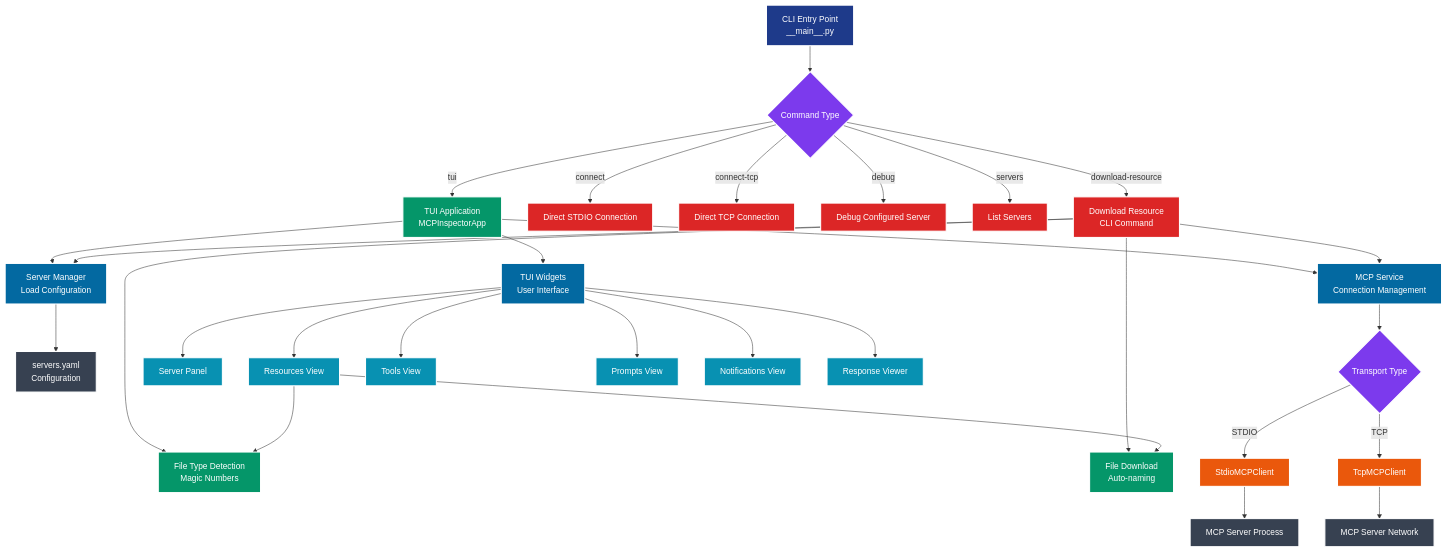
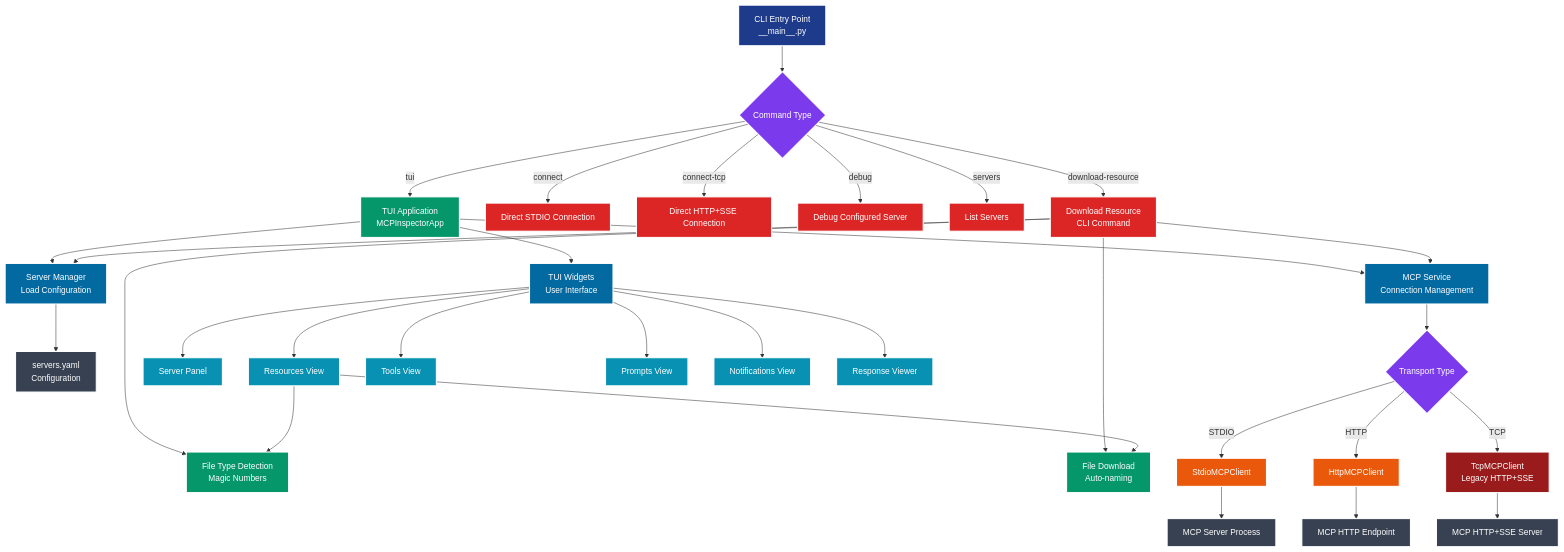
Before and after one commit to paulrobello/par-mcp-inspector-tui: the first of 11 diagrams in docs/diagrams.md, drawn with Mermaid. The commit also changed other lines of this file and 22 other files, not shown here.

````diff
--- a/docs/diagrams.md
+++ b/docs/diagrams.md
@@ -9,65 +9,69 @@
 ```mermaid
 flowchart TD
     A[CLI Entry Point<br/>__main__.py] --> B{Command Type}
 
     B -->|tui| C[TUI Application<br/>MCPInspectorApp]
     B -->|connect| D[Direct STDIO Connection]
-    B -->|connect-tcp| E[Direct TCP Connection]
+    B -->|connect-tcp| E[Direct HTTP+SSE Connection]
     B -->|debug| F[Debug Configured Server]
     B -->|servers| G[List Servers]
     B -->|download-resource| H[Download Resource<br/>CLI Command]
 
     C --> I[Server Manager<br/>Load Configuration]
     C --> J[MCP Service<br/>Connection Management]
     C --> K[TUI Widgets<br/>User Interface]
 
     H --> I
     H --> J
     H --> AA[File Type Detection<br/>Magic Numbers]
     H --> BB[File Download<br/>Auto-naming]
 
     I --> L[servers.yaml<br/>Configuration]
 
     J --> M{Transport Type}
     M -->|STDIO| N[StdioMCPClient]
-    M -->|TCP| O[TcpMCPClient]
+    M -->|HTTP| O[HttpMCPClient]
+    M -->|TCP| P[TcpMCPClient<br/>Legacy HTTP+SSE]
 
-    N --> P[MCP Server Process]
-    O --> Q[MCP Server Network]
+    N --> Q[MCP Server Process]
+    O --> R[MCP HTTP Endpoint]
+    P --> S[MCP HTTP+SSE Server]
 
-    K --> R[Server Panel]
-    K --> S[Resources View]
-    K --> T[Tools View]
-    K --> U[Prompts View]
-    K --> V[Notifications View]
-    K --> W[Response Viewer]
+    K --> T[Server Panel]
+    K --> U[Resources View]
+    K --> V[Tools View]
+    K --> W[Prompts View]
+    K --> X[Notifications View]
+    K --> Y[Response Viewer]
 
-    S --> AA
-    S --> BB
+    U --> AA
+    U --> BB
 
     style A fill:#1e3a8a,stroke:#ffffff,stroke-width:2px,color:#ffffff
     style B fill:#7c3aed,stroke:#ffffff,stroke-width:2px,color:#ffffff
     style C fill:#059669,stroke:#ffffff,stroke-width:2px,color:#ffffff
     style D fill:#dc2626,stroke:#ffffff,stroke-width:2px,color:#ffffff
     style E fill:#dc2626,stroke:#ffffff,stroke-width:2px,color:#ffffff
     style F fill:#dc2626,stroke:#ffffff,stroke-width:2px,color:#ffffff
     style G fill:#dc2626,stroke:#ffffff,stroke-width:2px,color:#ffffff
     style H fill:#dc2626,stroke:#ffffff,stroke-width:2px,color:#ffffff
     style I fill:#0369a1,stroke:#ffffff,stroke-width:2px,color:#ffffff
     style J fill:#0369a1,stroke:#ffffff,stroke-width:2px,color:#ffffff
     style K fill:#0369a1,stroke:#ffffff,stroke-width:2px,color:#ffffff
     style L fill:#374151,stroke:#ffffff,stroke-width:2px,color:#ffffff
     style M fill:#7c3aed,stroke:#ffffff,stroke-width:2px,color:#ffffff
     style N fill:#ea580c,stroke:#ffffff,stroke-width:2px,color:#ffffff
     style O fill:#ea580c,stroke:#ffffff,stroke-width:2px,color:#ffffff
-    style P fill:#374151,stroke:#ffffff,stroke-width:2px,color:#ffffff
+    style P fill:#991b1b,stroke:#ffffff,stroke-width:2px,color:#ffffff
     style Q fill:#374151,stroke:#ffffff,stroke-width:2px,color:#ffffff
-    style R fill:#0891b2,stroke:#ffffff,stroke-width:2px,color:#ffffff
-    style S fill:#0891b2,stroke:#ffffff,stroke-width:2px,color:#ffffff
+    style R fill:#374151,stroke:#ffffff,stroke-width:2px,color:#ffffff
+    style S fill:#374151,stroke:#ffffff,stroke-width:2px,color:#ffffff
     style T fill:#0891b2,stroke:#ffffff,stroke-width:2px,color:#ffffff
     style U fill:#0891b2,stroke:#ffffff,stroke-width:2px,color:#ffffff
     style V fill:#0891b2,stroke:#ffffff,stroke-width:2px,color:#ffffff
     style W fill:#0891b2,stroke:#ffffff,stroke-width:2px,color:#ffffff
+    style X fill:#0891b2,stroke:#ffffff,stroke-width:2px,color:#ffffff
+    style Y fill:#0891b2,stroke:#ffffff,stroke-width:2px,color:#ffffff
     style AA fill:#059669,stroke:#ffffff,stroke-width:2px,color:#ffffff
     style BB fill:#059669,stroke:#ffffff,stroke-width:2px,color:#ffffff
 ```
````
